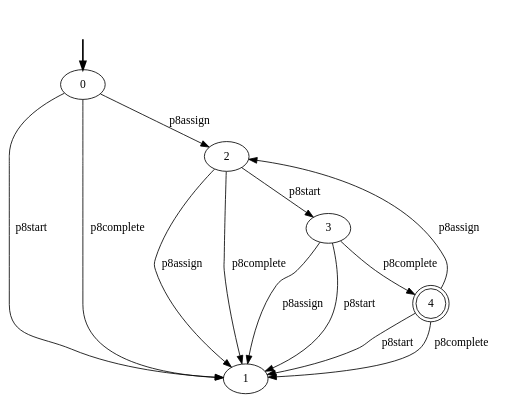
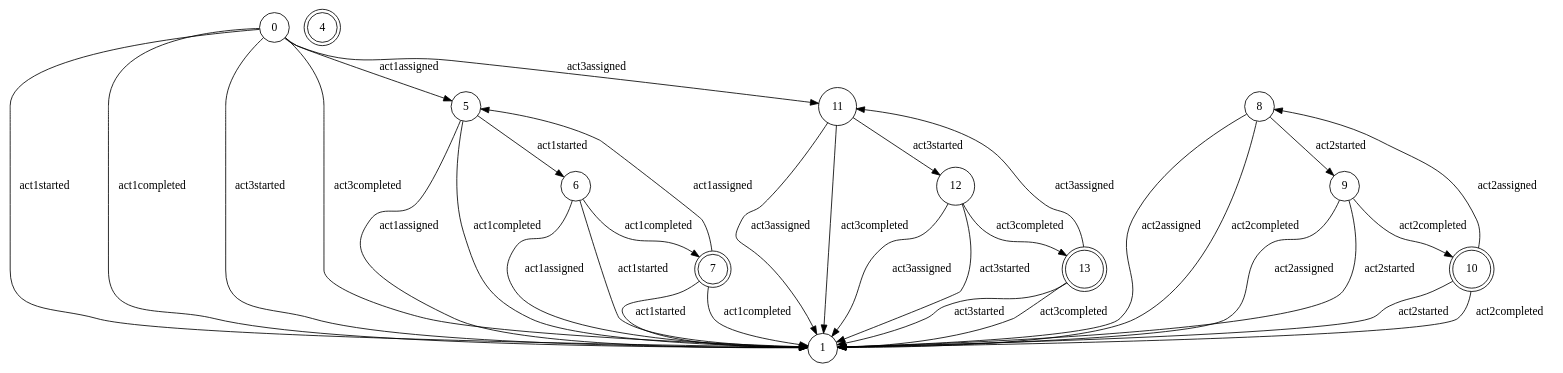
One commit to GianmarcoBordin/pddlTranslator changed the diagram in Plan-based_Data_Aware_Declarative_Conf_Checker/resources/declarative-models/Data-Aware/5-CONSTRAINTS/p8_lifecycle.dot. Above: the diagram before and after it, drawn with Graphviz. The commit also changed 53 other files, not shown here.

```diff
--- a/Plan-based_Data_Aware_Declarative_Conf_Checker/resources/declarative-models/Data-Aware/5-CONSTRAINTS/p8_lifecycle.dot
+++ b/Plan-based_Data_Aware_Declarative_Conf_Checker/resources/declarative-models/Data-Aware/5-CONSTRAINTS/p8_lifecycle.dot
@@ -1,21 +1,50 @@
 digraph {
-	fake0 [style=invisible]
 	0 [root=true]
-	1
-	2
-	3
 	4 [shape=doublecircle]
-	fake0 -> 0 [style=bold]
-	2 -> 1 [label=p8assign]
-	2 -> 3 [label=p8start]
-	2 -> 1 [label=p8complete]
-	3 -> 1 [label=p8assign]
-	3 -> 1 [label=p8start]
-	3 -> 4 [label=p8complete]
-	4 -> 2 [label=p8assign]
-	4 -> 1 [label=p8start]
-	4 -> 1 [label=p8complete]
-	0 -> 2 [label=p8assign]
-	0 -> 1 [label=p8start]
-	0 -> 1 [label=p8complete]
+
+
+	0 [shape=circle]
+	1 [shape=circle]
+	5 [shape=circle]
+	6 [shape=circle]
+	7 [shape=doublecircle]
+	5 -> 1 [label="act1assigned"]
+	5 -> 6 [label="act1started"]
+	5 -> 1 [label="act1completed"]
+	6 -> 1 [label="act1assigned"]
+	6 -> 1 [label="act1started"]
+	6 -> 7 [label="act1completed"]
+	7 -> 5 [label="act1assigned"]
+	7 -> 1 [label="act1started"]
+	7 -> 1 [label="act1completed"]
+	0 -> 5 [label="act1assigned"]
+	0 -> 1 [label="act1started"]
+	0 -> 1 [label="act1completed"]
+	8 [shape=circle]
+	9 [shape=circle]
+	10 [shape=doublecircle]
+	8 -> 1 [label="act2assigned"]
+	8 -> 9 [label="act2started"]
+	8 -> 1 [label="act2completed"]
+	9 -> 1 [label="act2assigned"]
+	9 -> 1 [label="act2started"]
+	9 -> 10 [label="act2completed"]
+	10 -> 8 [label="act2assigned"]
+	10 -> 1 [label="act2started"]
+	10 -> 1 [label="act2completed"]
+	11 [shape=circle]
+	12 [shape=circle]
+	13 [shape=doublecircle]
+	11 -> 1 [label="act3assigned"]
+	11 -> 12 [label="act3started"]
+	11 -> 1 [label="act3completed"]
+	12 -> 1 [label="act3assigned"]
+	12 -> 1 [label="act3started"]
+	12 -> 13 [label="act3completed"]
+	13 -> 11 [label="act3assigned"]
+	13 -> 1 [label="act3started"]
+	13 -> 1 [label="act3completed"]
+	0 -> 11 [label="act3assigned"]
+	0 -> 1 [label="act3started"]
+	0 -> 1 [label="act3completed"]
 }
```
